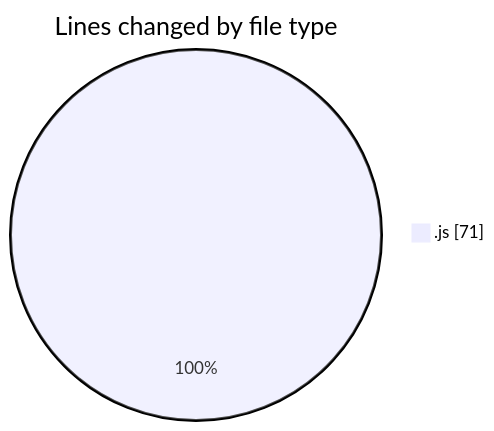
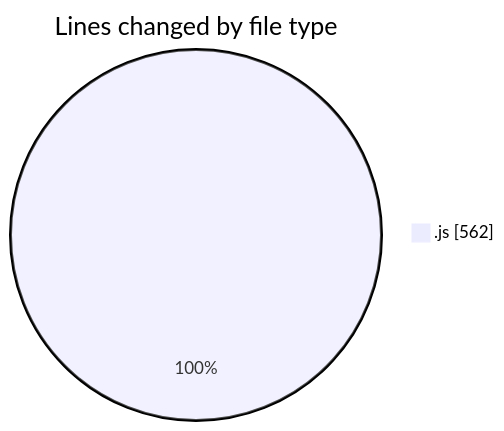
Before and after one commit to becaeroporto-bot/code-tracking: the first of 2 diagrams in 2026-02-21/bot_v1_2/README.md, drawn with Mermaid. The commit also changed other lines of this file and 1 other file, not shown here.

````diff
--- a/2026-02-21/bot_v1_2/README.md
+++ b/2026-02-21/bot_v1_2/README.md
@@ -20,5 +21,5 @@
 ```mermaid
 pie showData
 title Lines changed by file type
-".js" : 71
+".js" : 562
 ```
````
